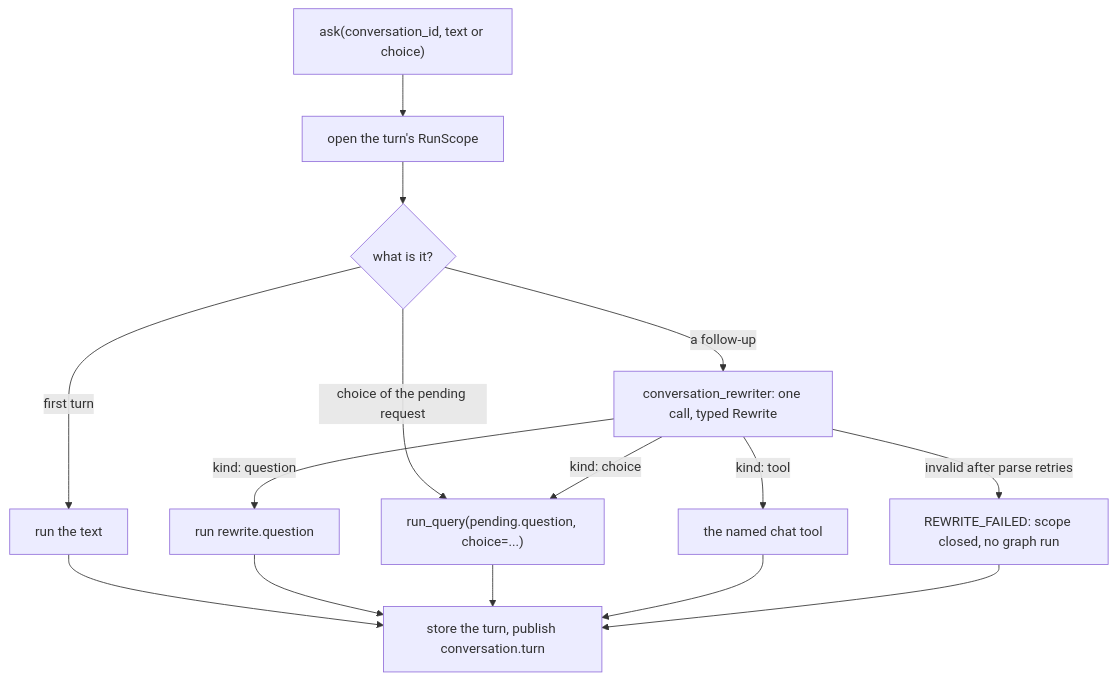
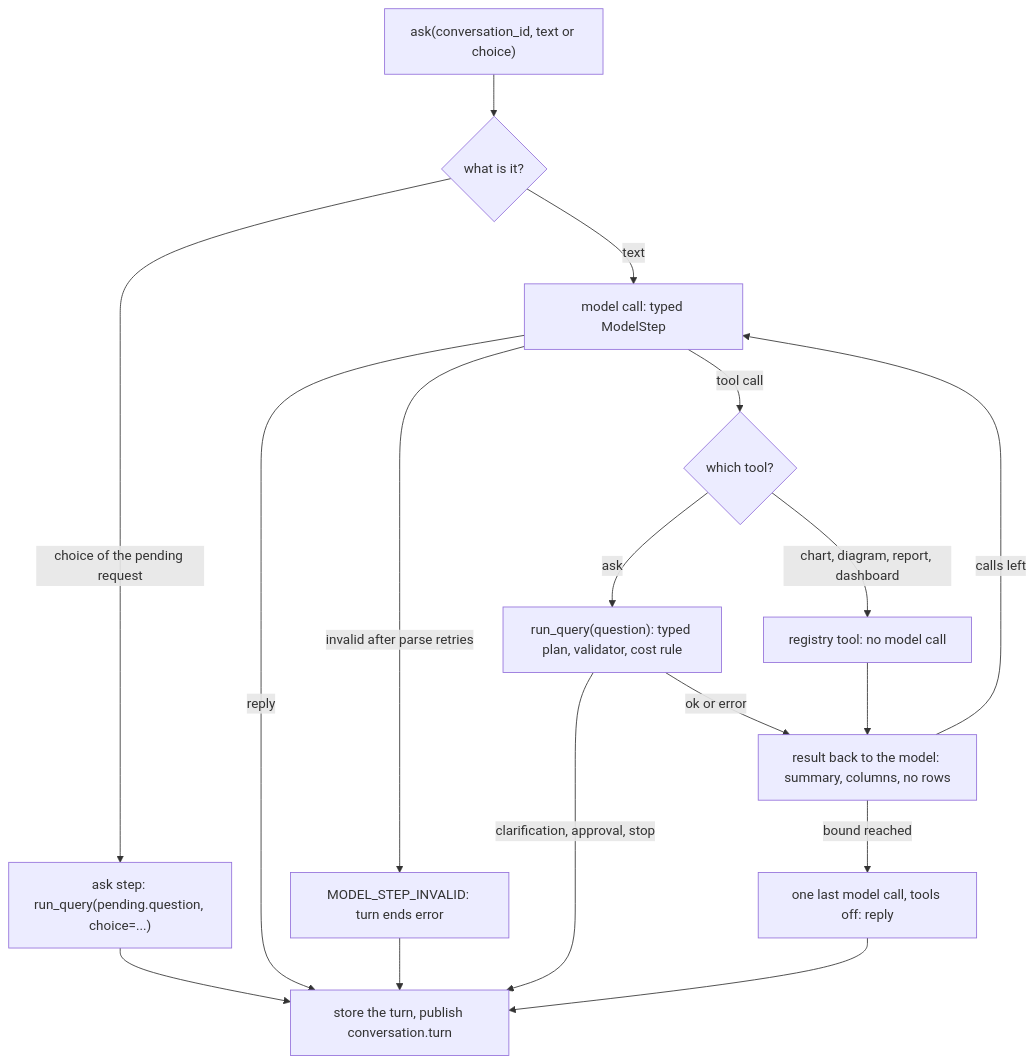
One commit to nadeem4/nl2sql changed the second of 4 diagrams in docs/architecture/wave_c.md. Above: the diagram before and after it, drawn with Mermaid. The commit also changed other lines of this file and 1 other file, not shown here.

First line of the commit message:
docs(wave-c): model-led chat, dashboards pinned whole, workspaces, refresh (#352)

````diff
--- a/docs/architecture/wave_c.md
+++ b/docs/architecture/wave_c.md
@@ -222,17 +281,19 @@
 ```mermaid
 flowchart TD
-  IN["ask(conversation_id, text or choice)"] --> SC["open the turn's RunScope"]
-  SC --> K{"what is it?"}
-  K -->|"first turn"| RUN["run the text"]
-  K -->|"choice of the pending request"| RE["run_query(pending.question, choice=...)"]
-  K -->|"a follow-up"| RW["conversation_rewriter: one call, typed Rewrite"]
-  RW -->|"kind: question"| RUN2["run rewrite.question"]
-  RW -->|"kind: choice"| RE
-  RW -->|"kind: tool"| TOOL["the named chat tool"]
-  RW -->|"invalid after parse retries"| FAIL["REWRITE_FAILED: scope closed, no graph run"]
-  RUN --> ST["store the turn, publish conversation.turn"]
-  RUN2 --> ST
+  IN["ask(conversation_id, text or choice)"] --> K{"what is it?"}
+  K -->|"choice of the pending request"| RE["ask step: run_query(pending.question, choice=...)"]
+  K -->|"text"| M["model call: typed ModelStep"]
+  M -->|"reply"| ST["store the turn, publish conversation.turn"]
+  M -->|"invalid after parse retries"| FAIL["MODEL_STEP_INVALID: turn ends error"]
+  M -->|"tool call"| T{"which tool?"}
+  T -->|"ask"| RUN["run_query(question): typed plan, validator, cost rule"]
+  T -->|"chart, diagram, report, dashboard"| TOOL["registry tool: no model call"]
+  RUN -->|"clarification, approval, stop"| ST
+  RUN -->|"ok or error"| M2["result back to the model: summary, columns, no rows"]
+  TOOL --> M2
+  M2 -->|"calls left"| M
+  M2 -->|"bound reached"| LAST["one last model call, tools off: reply"]
+  LAST --> ST
   RE --> ST
-  TOOL --> ST
   FAIL --> ST
 ```
````
